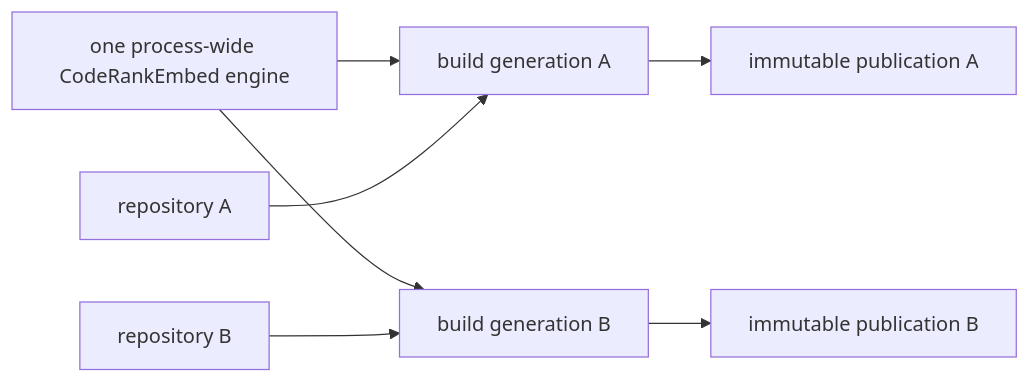
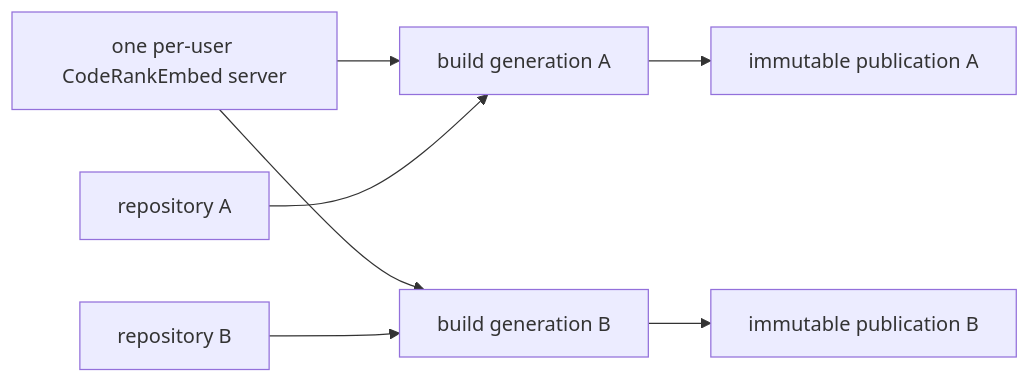
Before and after one commit to TheGreenCedar/CodeStory: the first of 2 diagrams in docs/architecture/retrieval-design.md, drawn with Mermaid. The commit also changed other lines of this file and 88 other files, not shown here.

First line of the commit message:
[codex] run one per-user embedding server across CodeStory processes (#1235)

````diff
--- a/docs/architecture/retrieval-design.md
+++ b/docs/architecture/retrieval-design.md
@@ -63,9 +72,9 @@
 ```mermaid
 flowchart LR
-    Engine["one process-wide CodeRankEmbed engine"] --> BuildA["build generation A"]
+    Engine["one per-user CodeRankEmbed server"] --> BuildA["build generation A"]
     Engine --> BuildB["build generation B"]
     SourceA["repository A"] --> BuildA
     SourceB["repository B"] --> BuildB
     BuildA --> PublishA["immutable publication A"]
     BuildB --> PublishB["immutable publication B"]
 ```
````
